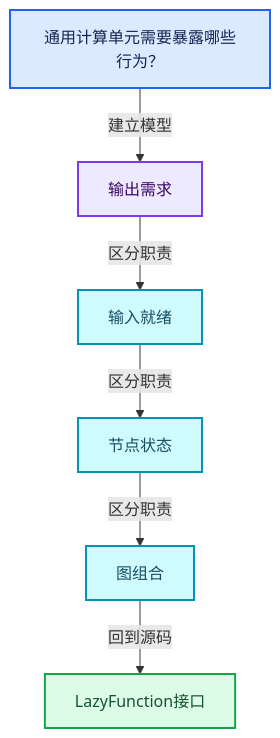
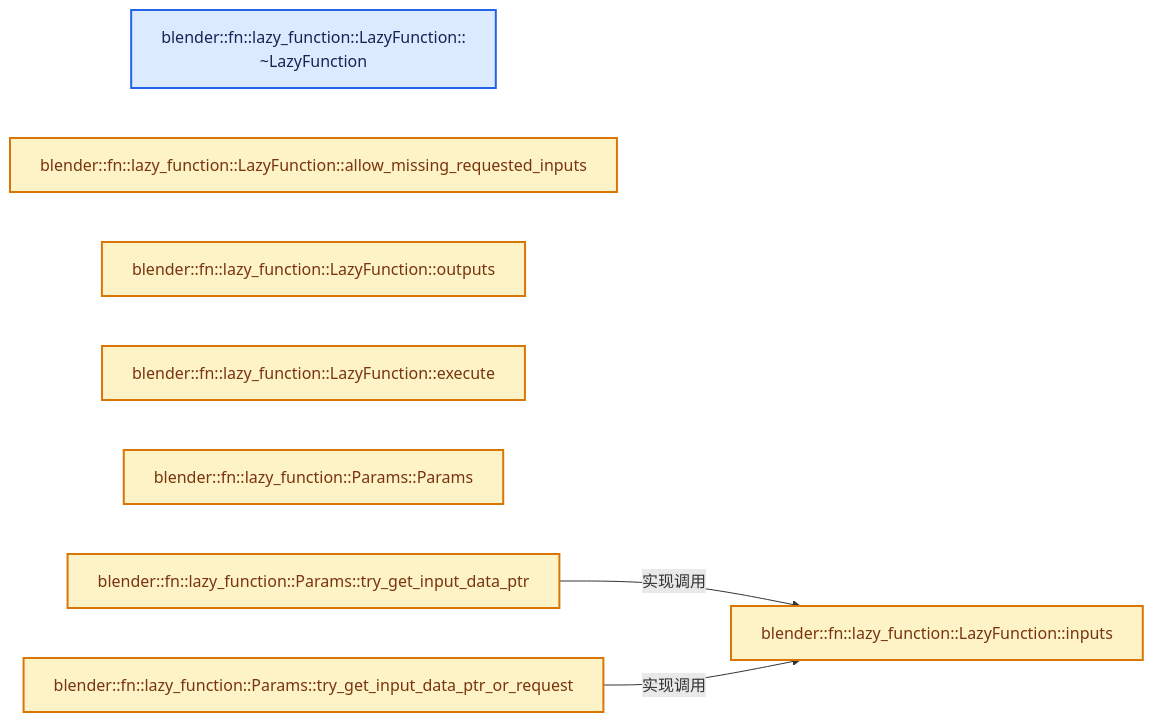
Before and after one commit to yunkezengren/blender-.vscode: the second of 4 diagrams in 杂/markdown/全面学习-codex/09-LazyFunction与节点执行架构/02-LazyFunction接口.md, drawn with Mermaid. The commit also changed other lines of this file and 1930 other files, not shown here.

````diff
--- a/杂/markdown/全面学习-codex/09-LazyFunction与节点执行架构/02-LazyFunction接口.md
+++ b/杂/markdown/全面学习-codex/09-LazyFunction与节点执行架构/02-LazyFunction接口.md
@@ -61,20 +46,19 @@
 ```mermaid
-flowchart TB
-  Q["通用计算单元需要暴露哪些行为？"]:::input
-  C0["输出需求"]:::abstraction
-  C1["输入就绪"]:::data
-  C2["节点状态"]:::data
-  C3["图组合"]:::data
-  R["LazyFunction接口"]:::result
-  Q -->|"建立模型"| C0
-  C0 -->|"区分职责"| C1
-  C1 -->|"区分职责"| C2
-  C2 -->|"区分职责"| C3
-  C3 -->|"回到源码"| R
+flowchart LR
+  F0["blender::fn::lazy_function::LazyFunction::<br/>~LazyFunction"]:::input
+  F1["blender::fn::lazy_function::LazyFunction::allow_missing_requested_inputs"]:::compute
+  F2["blender::fn::lazy_function::LazyFunction::inputs"]:::compute
+  F3["blender::fn::lazy_function::LazyFunction::outputs"]:::compute
+  F4["blender::fn::lazy_function::LazyFunction::execute"]:::compute
+  F5["blender::fn::lazy_function::Params::Params"]:::compute
+  F6["blender::fn::lazy_function::Params::try_get_input_data_ptr"]:::compute
+  F7["blender::fn::lazy_function::Params::try_get_input_data_ptr_or_request"]:::compute
+  F6 -->|"实现调用"| F2
+  F7 -->|"实现调用"| F2
   classDef input fill:#DBEAFE,stroke:#2563EB,color:#172554,stroke-width:2px;
   classDef data fill:#CFFAFE,stroke:#0891B2,color:#164E63,stroke-width:2px;
   classDef abstraction fill:#EDE9FE,stroke:#7C3AED,color:#3B0764,stroke-width:2px;
   classDef compute fill:#FEF3C7,stroke:#D97706,color:#78350F,stroke-width:2px;
   classDef result fill:#DCFCE7,stroke:#16A34A,color:#14532D,stroke-width:2px;
   classDef error fill:#FEE2E2,stroke:#DC2626,color:#7F1D1D,stroke-width:2px;
 ```
````
